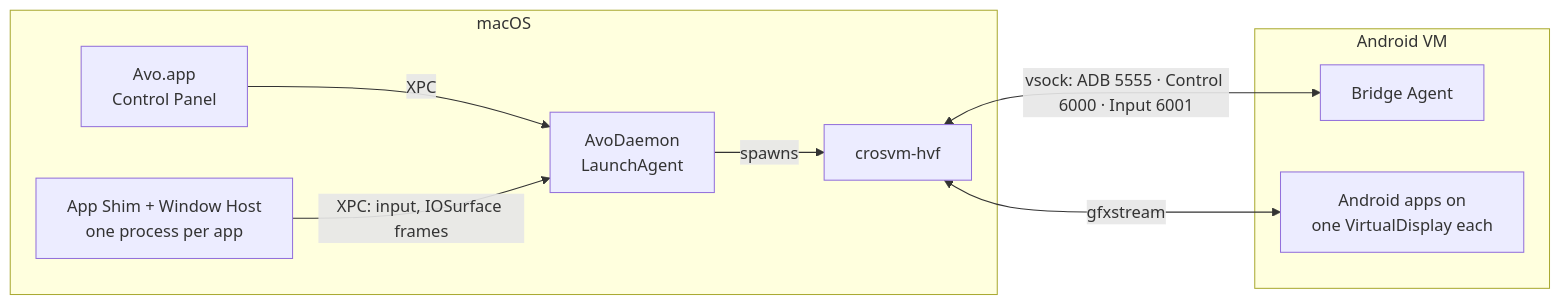
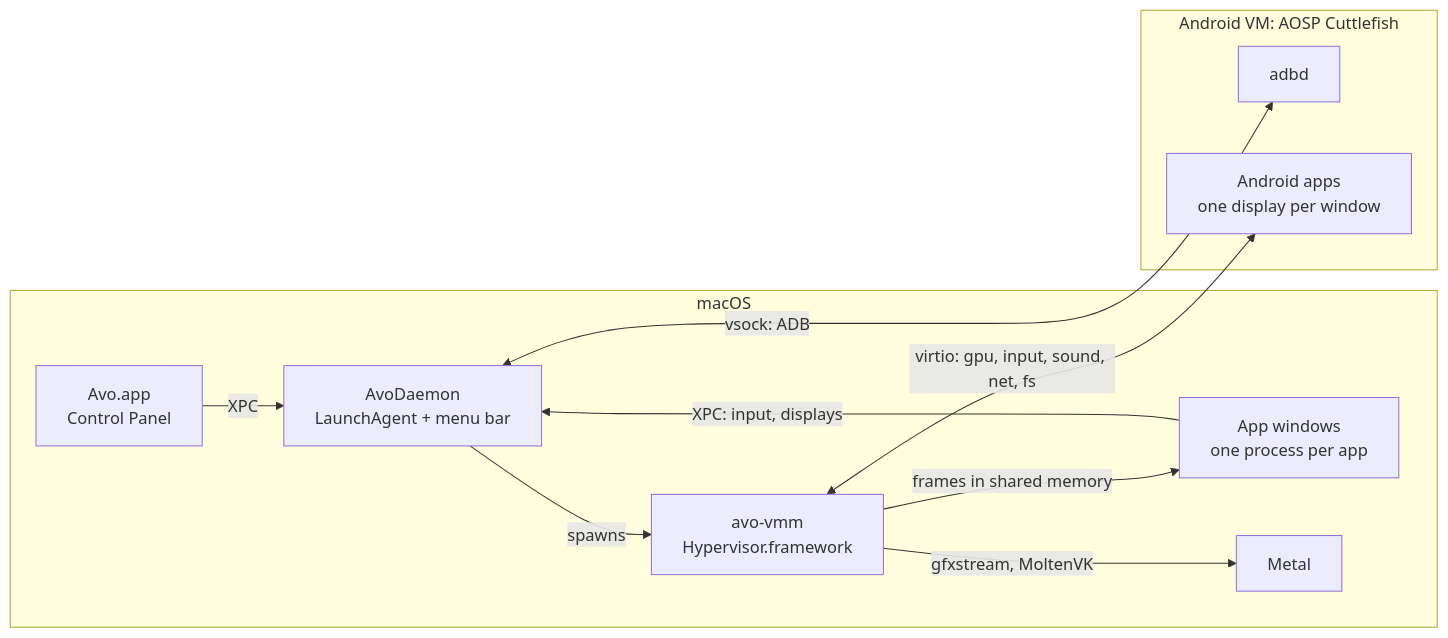
The diagram in README.md (PORTS-LAB/avo), drawn with Mermaid before and after one commit. The commit also changed other lines of this file and 10 other files, not shown here.

````diff
--- a/README.md
+++ b/README.md
@@ -84,14 +129,16 @@
 ```mermaid
 flowchart LR
   subgraph mac[macOS]
-    cp[Avo.app<br/>Control Panel] -- XPC --> d[AvoDaemon<br/>LaunchAgent]
-    shim[App Shim + Window Host<br/>one process per app] -- XPC: input, IOSurface frames --> d
-    d -- spawns --> e[crosvm-hvf]
+    cp[Avo.app<br/>Control Panel] -- XPC --> d[AvoDaemon<br/>LaunchAgent + menu bar]
+    shim[App windows<br/>one process per app] -- XPC: input, displays --> d
+    d -- spawns --> e[avo-vmm<br/>Hypervisor.framework]
+    e -- frames in shared memory --> shim
+    e -- gfxstream, MoltenVK --> gpu[Metal]
   end
-  subgraph vm[Android VM]
-    a[Bridge Agent]
-    apps[Android apps on<br/>one VirtualDisplay each]
+  subgraph vm[Android VM: AOSP Cuttlefish]
+    adbd[adbd]
+    apps[Android apps<br/>one display per window]
   end
-  e <-- "vsock: ADB 5555 · Control 6000 · Input 6001" --> a
-  e <-- gfxstream --> apps
+  d <-- "vsock: ADB" --> adbd
+  e <-- "virtio: gpu, input, sound, net, fs" --> apps
 ```
````
